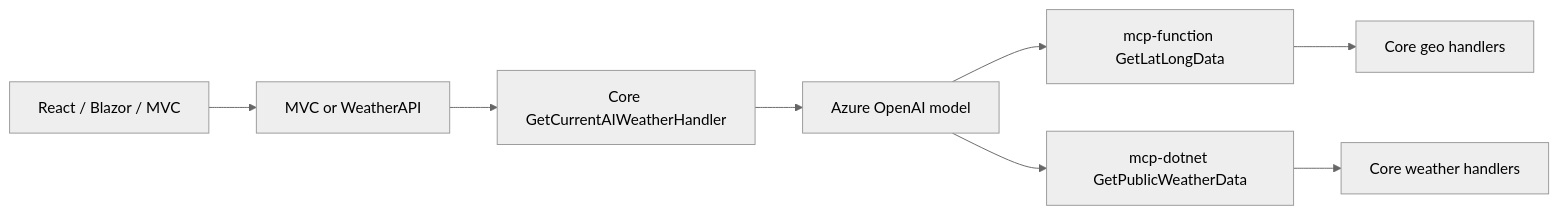
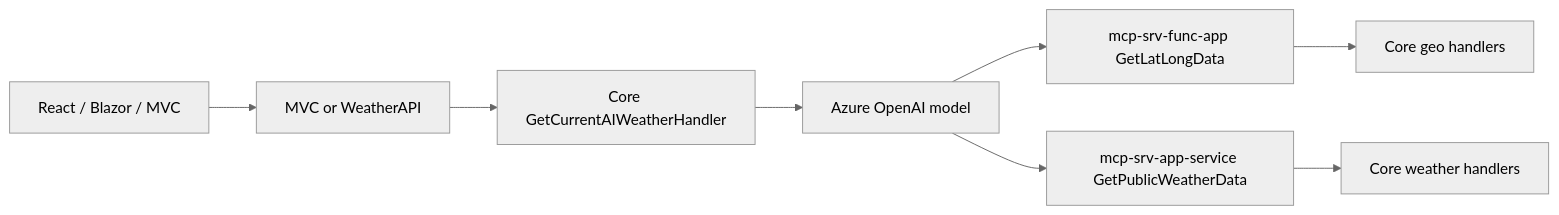
One commit to dustinkorzaan/weather-1116 changed the second of 2 diagrams in docs/architecture.md. Above: the diagram before and after it, drawn with Mermaid (neutral theme). The commit also changed other lines of this file and 55 other files, not shown here.

First line of the commit message:
Rename MCP hosts to mcp-srv-app-service and mcp-srv-func-app (#150)

````diff
--- a/docs/architecture.md
+++ b/docs/architecture.md
@@ -94,19 +94,19 @@
 ```mermaid
 flowchart LR
   UI[React / Blazor / MVC]
   API[MVC or WeatherAPI]
   Core[Core GetCurrentAIWeatherHandler]
   Model[Azure OpenAI model]
-  McpFunc[mcp-function GetLatLongData]
-  McpDotNet[mcp-dotnet GetPublicWeatherData]
+  McpSrvFuncApp[mcp-srv-func-app GetLatLongData]
+  McpSrvAppService[mcp-srv-app-service GetPublicWeatherData]
   CoreGeo[Core geo handlers]
   CoreWx[Core weather handlers]
 
   UI --> API
   API --> Core
   Core --> Model
-  Model --> McpFunc
-  Model --> McpDotNet
-  McpFunc --> CoreGeo
-  McpDotNet --> CoreWx
+  Model --> McpSrvFuncApp
+  Model --> McpSrvAppService
+  McpSrvFuncApp --> CoreGeo
+  McpSrvAppService --> CoreWx
 ```
````
